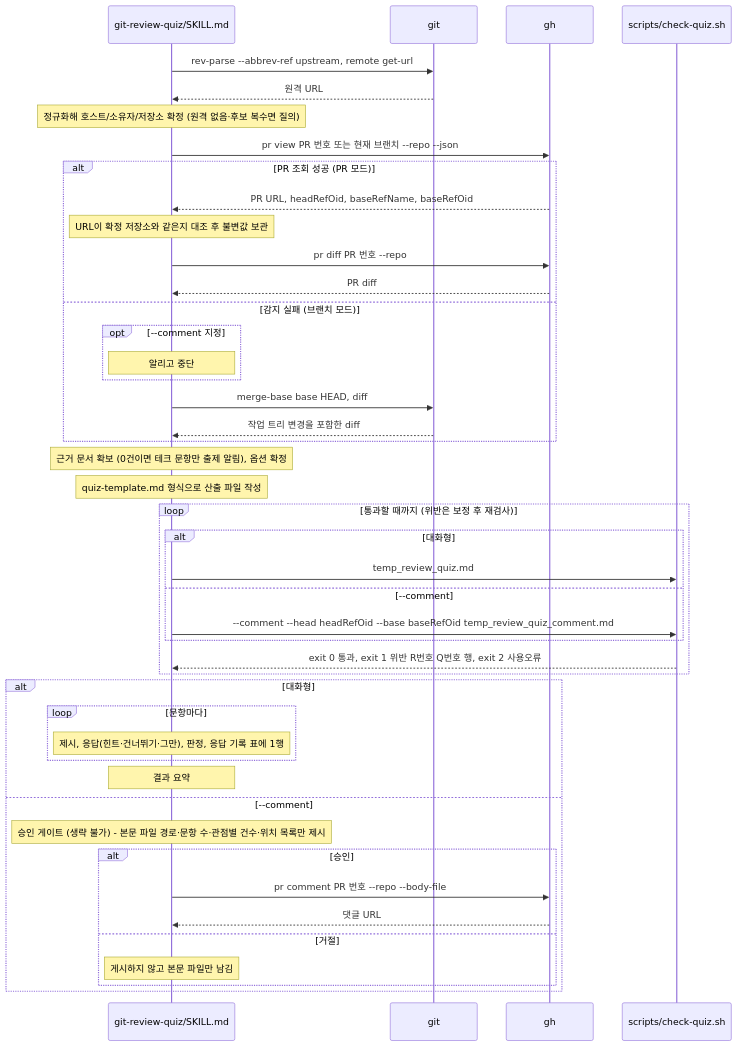
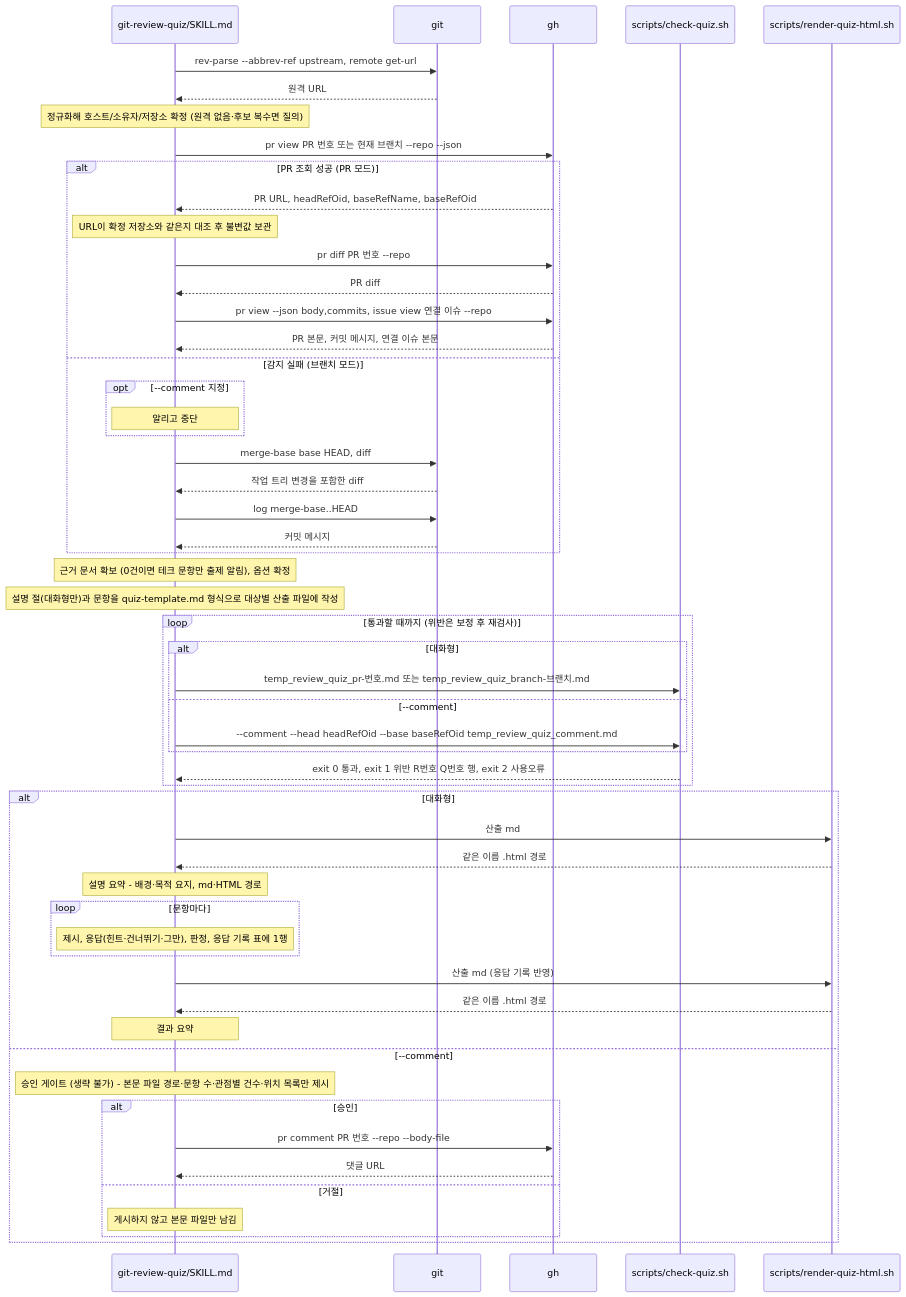
One commit to scroogy-dev/scroogy-agent-skills changed the diagram in .ai/60_codebase/git-review-quiz/quiz-call-flow.md. Above: the diagram before and after it, drawn with Mermaid. The commit also changed other lines of this file and 8 other files, not shown here.

````diff
--- a/.ai/60_codebase/git-review-quiz/quiz-call-flow.md
+++ b/.ai/60_codebase/git-review-quiz/quiz-call-flow.md
@@ -35,48 +40,58 @@
 ```mermaid
 sequenceDiagram
     participant SK as git-review-quiz/SKILL.md
     participant G as git
     participant GH as gh
     participant CQ as scripts/check-quiz.sh
+    participant RH as scripts/render-quiz-html.sh
 
     SK->>G: rev-parse --abbrev-ref upstream, remote get-url
     G-->>SK: 원격 URL
     Note over SK: 정규화해 호스트/소유자/저장소 확정 (원격 없음·후보 복수면 질의)
     SK->>GH: pr view PR 번호 또는 현재 브랜치 --repo --json
     alt PR 조회 성공 (PR 모드)
         GH-->>SK: PR URL, headRefOid, baseRefName, baseRefOid
         Note over SK: URL이 확정 저장소와 같은지 대조 후 불변값 보관
         SK->>GH: pr diff PR 번호 --repo
         GH-->>SK: PR diff
+        SK->>GH: pr view --json body,commits, issue view 연결 이슈 --repo
+        GH-->>SK: PR 본문, 커밋 메시지, 연결 이슈 본문
     else 감지 실패 (브랜치 모드)
         opt --comment 지정
             Note over SK: 알리고 중단
         end
         SK->>G: merge-base base HEAD, diff
         G-->>SK: 작업 트리 변경을 포함한 diff
+        SK->>G: log merge-base..HEAD
+        G-->>SK: 커밋 메시지
     end
     Note over SK: 근거 문서 확보 (0건이면 테크 문항만 출제 알림), 옵션 확정
-    Note over SK: quiz-template.md 형식으로 산출 파일 작성
+    Note over SK: 설명 절(대화형만)과 문항을 quiz-template.md 형식으로 대상별 산출 파일에 작성
     loop 통과할 때까지 (위반은 보정 후 재검사)
         alt 대화형
-            SK->>CQ: temp_review_quiz.md
+            SK->>CQ: temp_review_quiz_pr-번호.md 또는 temp_review_quiz_branch-브랜치.md
         else --comment
             SK->>CQ: --comment --head headRefOid --base baseRefOid temp_review_quiz_comment.md
         end
         CQ-->>SK: exit 0 통과, exit 1 위반 R번호 Q번호 행, exit 2 사용오류
     end
     alt 대화형
+        SK->>RH: 산출 md
+        RH-->>SK: 같은 이름 .html 경로
+        Note over SK: 설명 요약 - 배경·목적 요지, md·HTML 경로
         loop 문항마다
             Note over SK: 제시, 응답(힌트·건너뛰기·그만), 판정, 응답 기록 표에 1행
         end
+        SK->>RH: 산출 md (응답 기록 반영)
+        RH-->>SK: 같은 이름 .html 경로
         Note over SK: 결과 요약
     else --comment
         Note over SK: 승인 게이트 (생략 불가) - 본문 파일 경로·문항 수·관점별 건수·위치 목록만 제시
         alt 승인
             SK->>GH: pr comment PR 번호 --repo --body-file
             GH-->>SK: 댓글 URL
         else 거절
             Note over SK: 게시하지 않고 본문 파일만 남김
         end
     end
 ```
````
